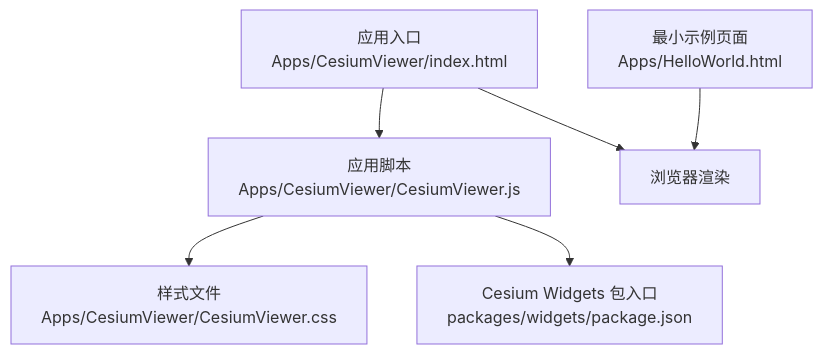
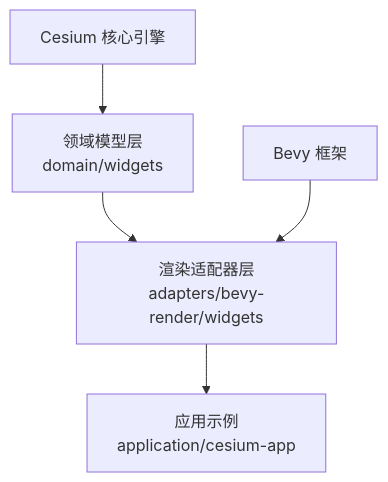
One commit to rzhangjing/cesium changed the first of 3 diagrams in .qoder/repowiki/zh/content/UI组件库/UI组件库.md. Above: the diagram before and after it, drawn with Mermaid. The commit also changed other lines of this file and 57 other files, not shown here.

````diff
--- a/.qoder/repowiki/zh/content/UI组件库/UI组件库.md
+++ b/.qoder/repowiki/zh/content/UI组件库/UI组件库.md
@@ -43,8 +56,7 @@
 ```mermaid
 graph TB
-A["应用入口<br/>Apps/CesiumViewer/index.html"] --> B["应用脚本<br/>Apps/CesiumViewer/CesiumViewer.js"]
-B --> C["样式文件<br/>Apps/CesiumViewer/CesiumViewer.css"]
-B --> D["Cesium Widgets 包入口<br/>packages/widgets/package.json"]
-E["最小示例页面<br/>Apps/HelloWorld.html"] --> F["浏览器渲染"]
-A --> F
+A["领域模型层<br/>domain/widgets"] --> B["渲染适配器层<br/>adapters/bevy-render/widgets"]
+B --> C["应用示例<br/>application/cesium-app"]
+D["Bevy 框架"] --> B
+E["Cesium 核心引擎"] --> A
 ```
````
